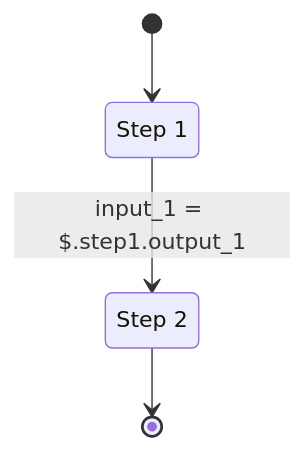
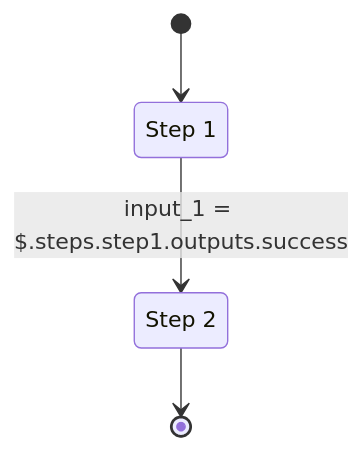
Before and after one commit to arcalot/arcalot.github.io: the sixth of 8 diagrams in docs/arcaflow/concepts/workflows.md, drawn with Mermaid. The commit also changed other lines of this file and 46 other files, not shown here.

````diff
--- a/docs/arcaflow/concepts/workflows.md
+++ b/docs/arcaflow/concepts/workflows.md
@@ -92,8 +74,8 @@
 ```mermaid
 stateDiagram-v2
   Step1: Step 1
   Step2: Step 2
   [*] --> Step1
-  Step1 --> Step2: input_1 = $.step1.output_1
+  Step1 --> Step2: input_1 = $.steps.step1.outputs.success
   Step2 --> [*]
 ```
````
